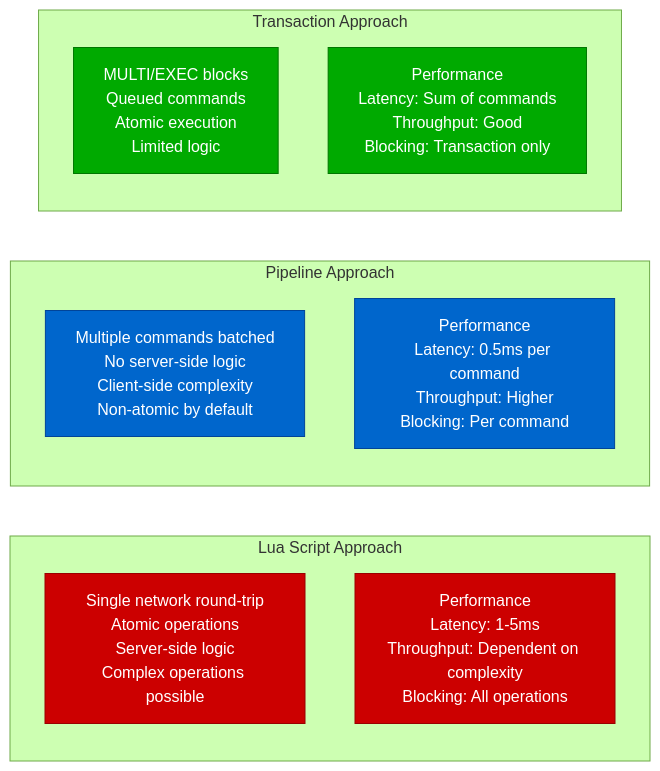
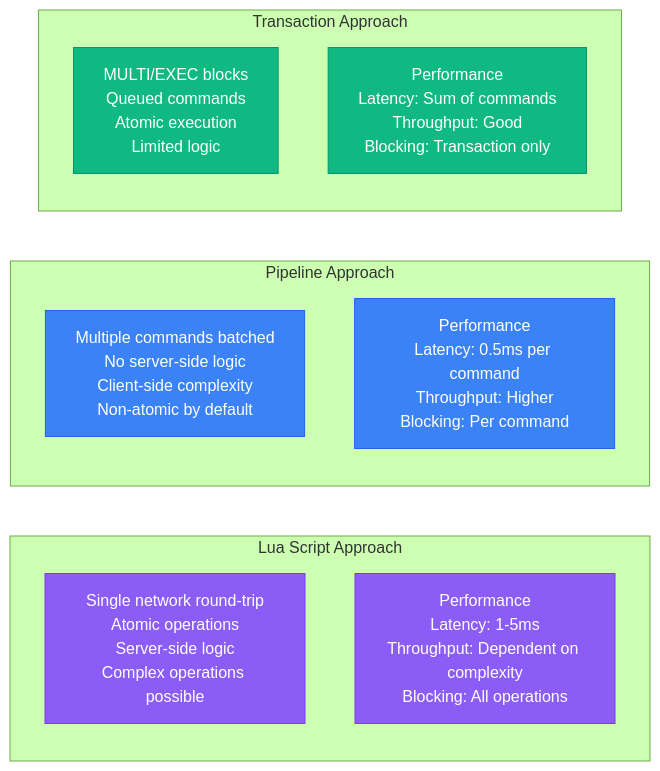
Before and after one commit to deepaucksharma/DS: the eighth of 15 diagrams in site/docs/performance/redis-performance-profile.md, drawn with Mermaid (forest theme). The commit also changed other lines of this file and 303 other files, not shown here.

````diff
--- a/site/docs/performance/redis-performance-profile.md
+++ b/site/docs/performance/redis-performance-profile.md
@@ -272,28 +272,28 @@
 ```mermaid
 graph LR
     subgraph "Lua Script Approach"
         LUA_APP1[Single network round-trip<br/>Atomic operations<br/>Server-side logic<br/>Complex operations possible]
 
         LUA_APP2[Performance<br/>Latency: 1-5ms<br/>Throughput: Dependent on complexity<br/>Blocking: All operations]
     end
 
     subgraph "Pipeline Approach"
         PIPE_APP1[Multiple commands batched<br/>No server-side logic<br/>Client-side complexity<br/>Non-atomic by default]
 
         PIPE_APP2[Performance<br/>Latency: 0.5ms per command<br/>Throughput: Higher<br/>Blocking: Per command]
     end
 
     subgraph "Transaction Approach"
         TRANS_APP1[MULTI/EXEC blocks<br/>Queued commands<br/>Atomic execution<br/>Limited logic]
 
         TRANS_APP2[Performance<br/>Latency: Sum of commands<br/>Throughput: Good<br/>Blocking: Transaction only]
     end
 
-    classDef luaStyle fill:#CC0000,stroke:#990000,color:#fff
-    classDef pipelineStyle fill:#0066CC,stroke:#004499,color:#fff
-    classDef transStyle fill:#00AA00,stroke:#007700,color:#fff
+    classDef luaStyle fill:#8B5CF6,stroke:#7C3AED,color:#fff
+    classDef pipelineStyle fill:#3B82F6,stroke:#2563EB,color:#fff
+    classDef transStyle fill:#10B981,stroke:#059669,color:#fff
 
     class LUA_APP1,LUA_APP2 luaStyle
     class PIPE_APP1,PIPE_APP2 pipelineStyle
     class TRANS_APP1,TRANS_APP2 transStyle
 ```
````
